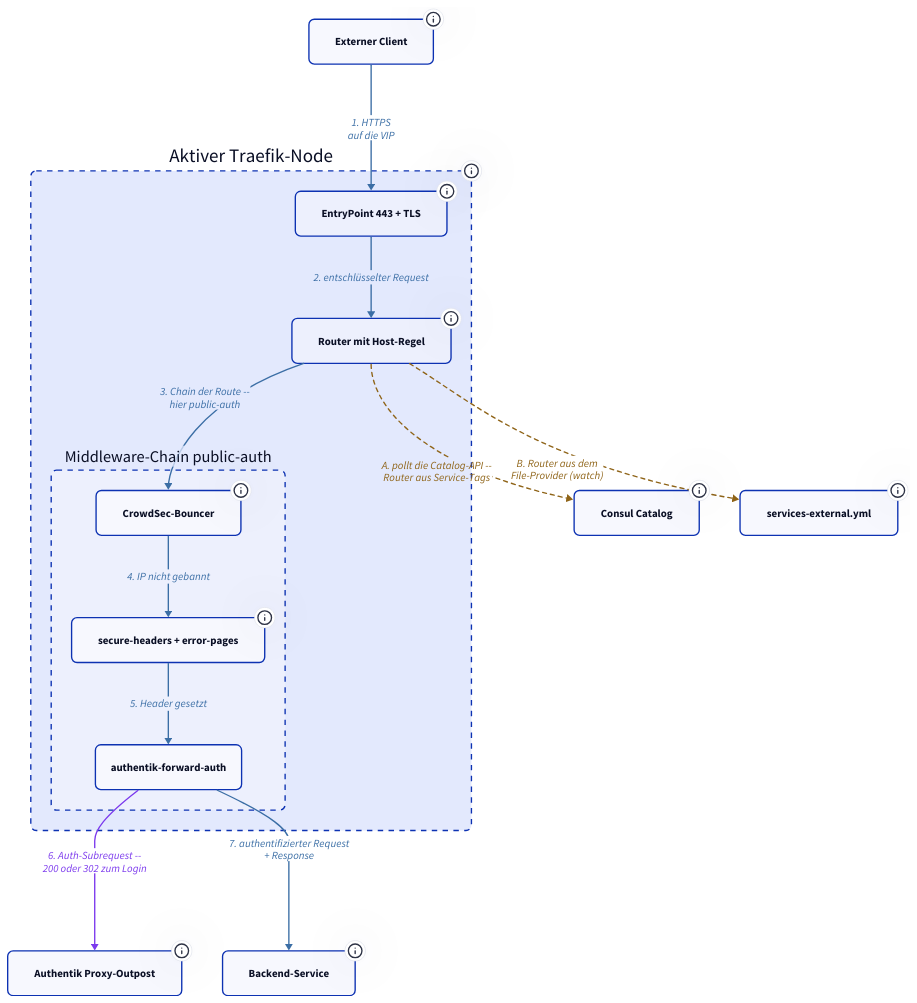
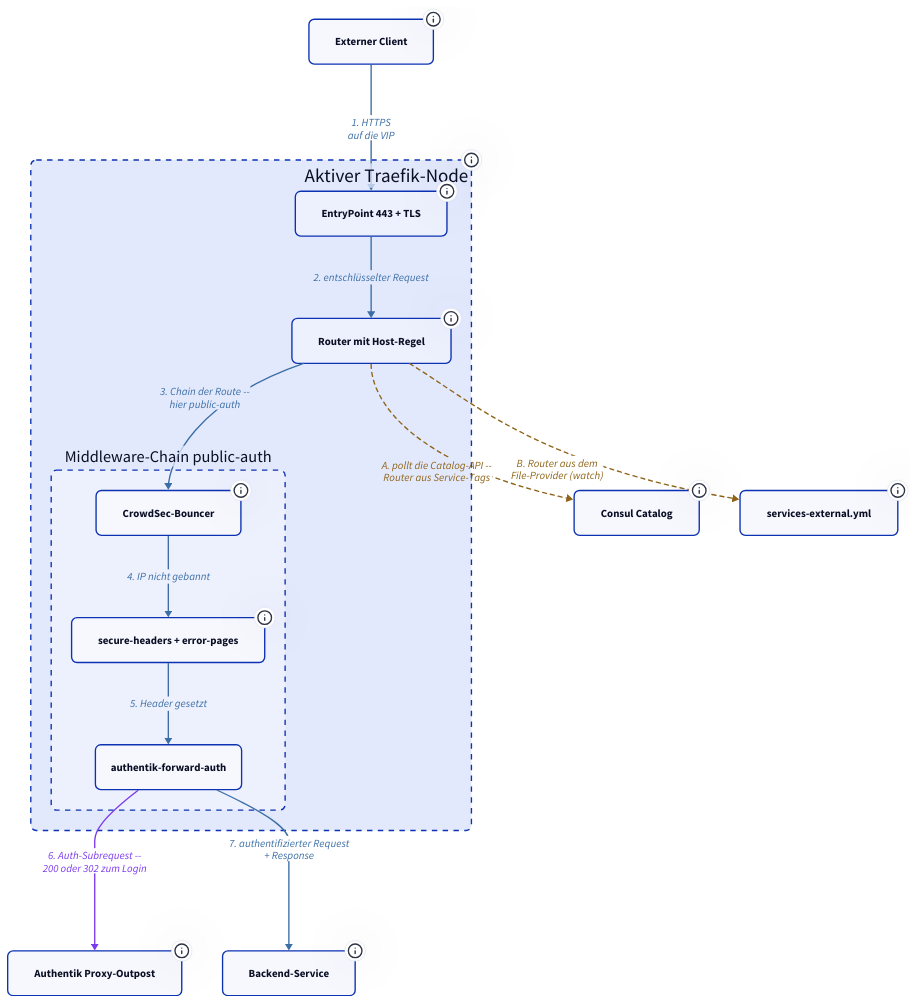
One commit to derever-labs/homelab-wiki changed the first of 2 diagrams in docs/edge/traefik/index.md. Above: the diagram before and after it, drawn with D2. The commit also changed other lines of this file, not shown here.

Commit message:
docs(traefik): Diagramm-Layout entflechten und Nodes symmetrisch setzen

````diff
--- a/docs/edge/traefik/index.md
+++ b/docs/edge/traefik/index.md
@@ -33,69 +33,70 @@
 ```d2
 classes: {
   node: { style: { border-radius: 8 } }
   container: { style: { border-radius: 8; stroke-dash: 4 } }
   data: { style: { border-radius: 8 } }
   pfad: { style: { stroke: "#3b6ea5"; font-color: "#3b6ea5" } }
   auth: { style: { stroke: "#7c3aed"; font-color: "#7c3aed" } }
   kontrolle: { style: { stroke: "#8f6418"; font-color: "#8f6418" } }
 }
 
 client: Externer Client {
   class: node
   tooltip: "Weg bis zur VIP (Cloudflare-DNS, UDM-Port-Forward 80/443) -- siehe Edge-Übersicht"
 }
 
 vm: Aktiver Traefik-Node {
   class: container
+  label.near: top-right
   tooltip: "vm-traefik-01 oder vm-traefik-02 -- keepalived hält die VIP 10.0.2.20 auf genau einem Node"
 
   entry: EntryPoint 443 + TLS {
     class: node
     tooltip: "terminiert TLS mit dem Wildcard-Zertifikat aus der lokalen acme.json -- SNI strict, min. TLS 1.2"
   }
   router: Router mit Host-Regel {
     class: node
     tooltip: "wählt anhand des Hostnamens Backend-Service und Middleware-Chain"
   }
   chain: Middleware-Chain public-auth {
     class: container
 
     bouncer: CrowdSec-Bouncer {
       class: node
       tooltip: "erstes Glied aller public-Chains -- prüft die Client-IP lokal gegen den Banlisten-Cache"
     }
     mw: secure-headers + error-pages {
       class: node
       tooltip: "Security-Header und Maintenance-Page -- error-pages steht bewusst vor forward-auth"
     }
     fwdauth: authentik-forward-auth { class: node }
   }
 }
 
 outpost: Authentik Proxy-Outpost {
   class: node
   tooltip: "prüft die Session -- 200 mit Identitäts-Headern oder 302 zum Login"
 }
 backend: Backend-Service {
   class: node
   tooltip: "Nomad-Service oder Standalone-Service -- Ziel aus der Router-Definition"
 }
 consul: Consul Catalog {
   class: node
   tooltip: "Service-Katalog Port 8500 -- Nomad-Jobs bringen Host-Regel und Chain als Service-Tags mit"
 }
 file: services-external.yml {
   class: data
   tooltip: "File-Provider für Standalone-Services -- live geladen bei Dateiänderung (watch)"
 }
 
 client -> vm.entry: "1. HTTPS\nauf die VIP" { class: pfad }
 vm.entry -> vm.router: "2. entschlüsselter Request" { class: pfad }
 vm.router -> vm.chain.bouncer: "3. Chain der Route --\nhier public-auth" { class: pfad }
 vm.chain.bouncer -> vm.chain.mw: "4. IP nicht gebannt" { class: pfad }
 vm.chain.mw -> vm.chain.fwdauth: "5. Header gesetzt" { class: pfad }
 vm.chain.fwdauth -> outpost: "6. Auth-Subrequest --\n200 oder 302 zum Login" { class: auth }
 vm.chain.fwdauth -> backend: "7. authentifizierter Request\n+ Response" { class: pfad }
 vm.router -> consul: "A. pollt die Catalog-API --\nRouter aus Service-Tags" { class: kontrolle; style.stroke-dash: 3 }
 vm.router -> file: "B. Router aus dem\nFile-Provider (watch)" { class: kontrolle; style.stroke-dash: 3 }
 ```
````
